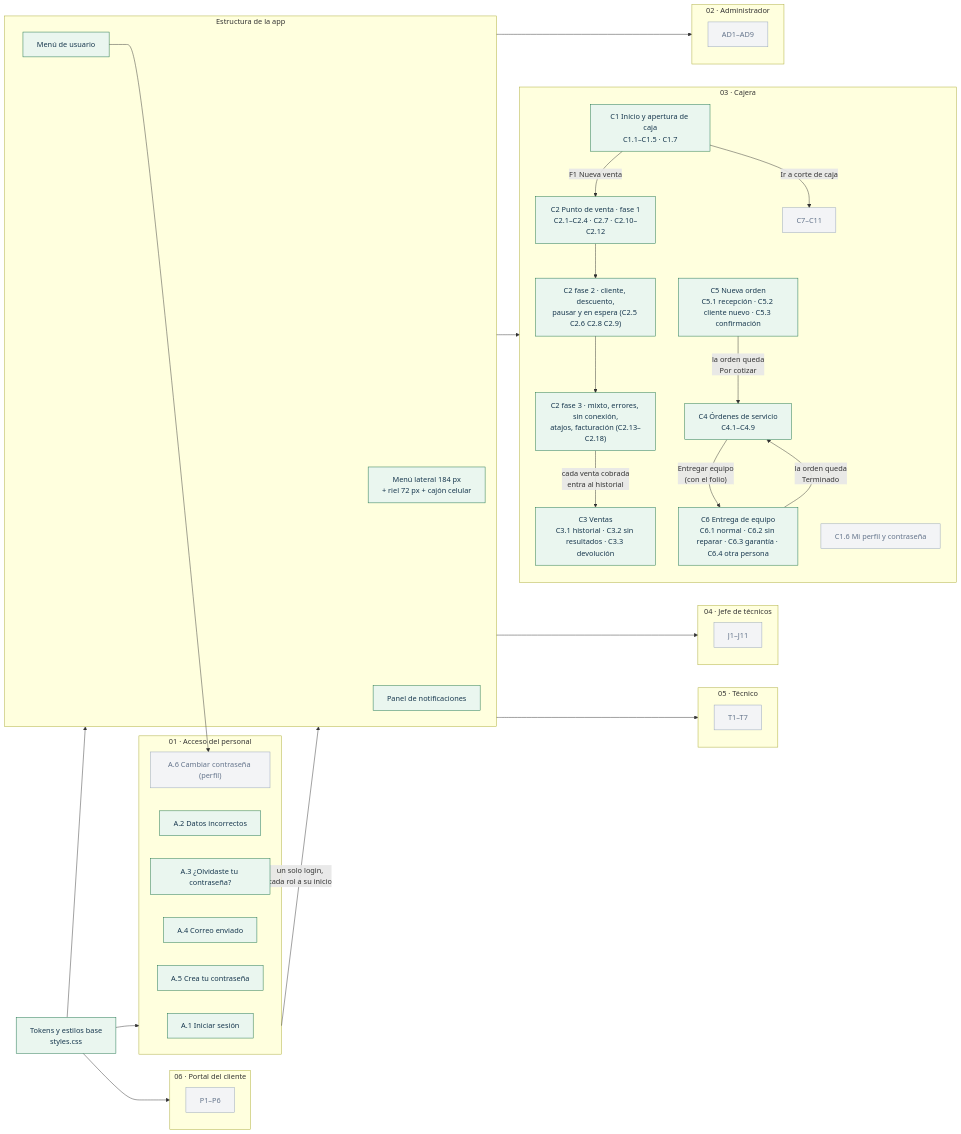
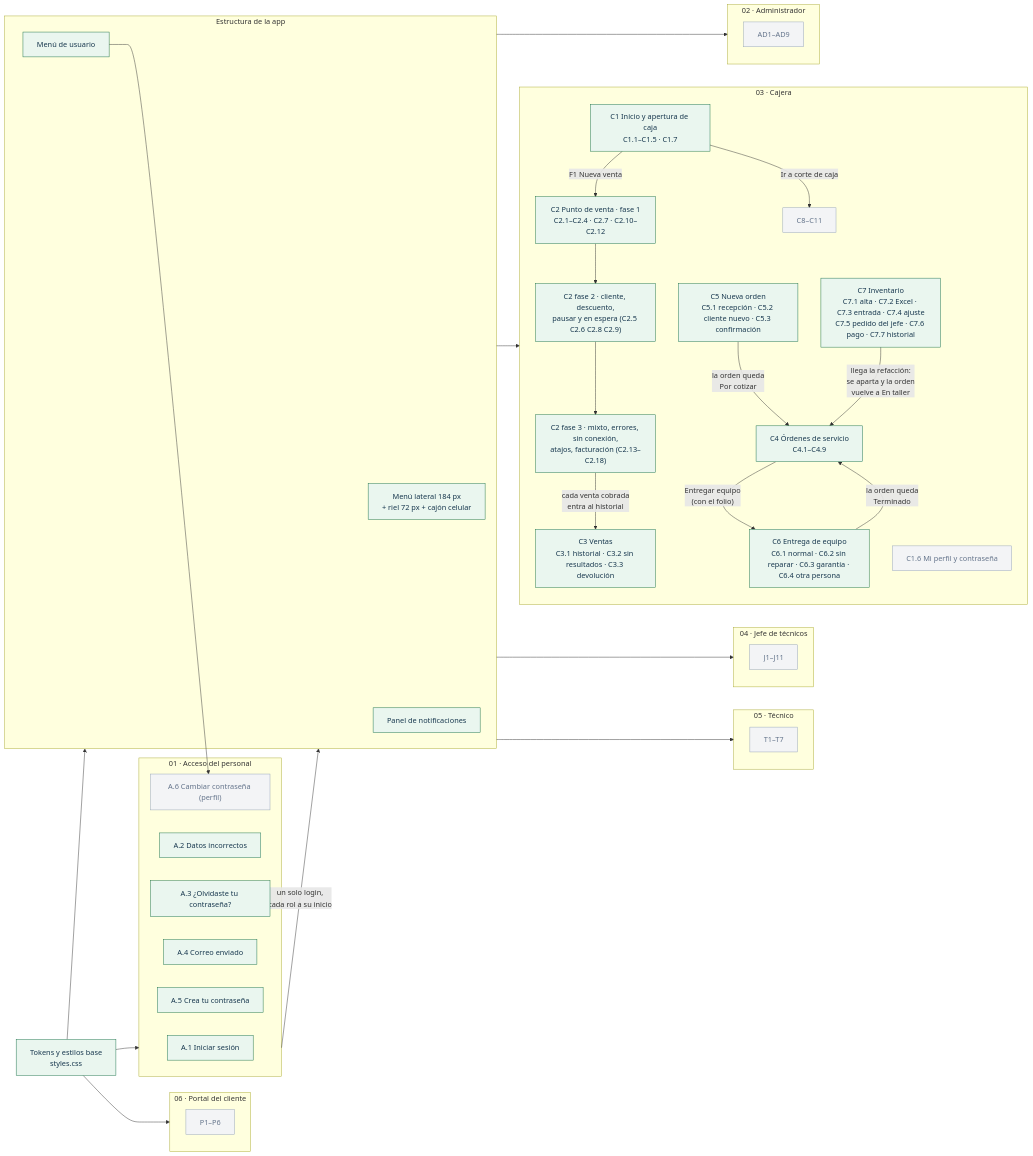
Before and after one commit to dianaaochoa/SHURI-Sistema-Gestion: the first of 3 diagrams in frontend/BITACORA.md, drawn with Mermaid. The commit also changed other lines of this file, not shown here.

Commit message:
docs(frontend): bitácora y grafos con Inventario (C7)

````diff
--- a/frontend/BITACORA.md
+++ b/frontend/BITACORA.md
@@ -15,62 +15,64 @@
 ```mermaid
 flowchart LR
   classDef hecho fill:#eaf6ef,stroke:#187047,color:#17374e
   classDef curso fill:#fff4dc,stroke:#925d0b,color:#17374e
   classDef pendiente fill:#f3f4f6,stroke:#94a3b8,color:#64748b
 
   BASE["Tokens y estilos base<br/>styles.css"]:::hecho
 
   subgraph ACC["01 · Acceso del personal"]
     A1["A.1 Iniciar sesión"]:::hecho
     A2["A.2 Datos incorrectos"]:::hecho
     A3["A.3 ¿Olvidaste tu contraseña?"]:::hecho
     A4["A.4 Correo enviado"]:::hecho
     A5["A.5 Crea tu contraseña"]:::hecho
     A6["A.6 Cambiar contraseña (perfil)"]:::pendiente
   end
 
   subgraph SHELL["Estructura de la app"]
     MENU["Menú lateral 184 px<br/>+ riel 72 px + cajón celular"]:::hecho
     USR["Menú de usuario"]:::hecho
     NOT["Panel de notificaciones"]:::hecho
   end
 
   subgraph ADM["02 · Administrador"]
     AD["AD1–AD9"]:::pendiente
   end
   subgraph CAJ["03 · Cajera"]
     C1["C1 Inicio y apertura de caja<br/>C1.1–C1.5 · C1.7"]:::hecho
     C16["C1.6 Mi perfil y contraseña"]:::pendiente
     C2A["C2 Punto de venta · fase 1<br/>C2.1–C2.4 · C2.7 · C2.10–C2.12"]:::hecho
     C2B["C2 fase 2 · cliente, descuento,<br/>pausar y en espera (C2.5 C2.6 C2.8 C2.9)"]:::hecho
     C2C["C2 fase 3 · mixto, errores, sin conexión,<br/>atajos, facturación (C2.13–C2.18)"]:::hecho
     C3["C3 Ventas<br/>C3.1 historial · C3.2 sin resultados · C3.3 devolución"]:::hecho
     C4["C4 Órdenes de servicio<br/>C4.1–C4.9"]:::hecho
     C5["C5 Nueva orden<br/>C5.1 recepción · C5.2 cliente nuevo · C5.3 confirmación"]:::hecho
     C6["C6 Entrega de equipo<br/>C6.1 normal · C6.2 sin reparar · C6.3 garantía · C6.4 otra persona"]:::hecho
-    C["C7–C11"]:::pendiente
+    C7["C7 Inventario<br/>C7.1 alta · C7.2 Excel · C7.3 entrada · C7.4 ajuste<br/>C7.5 pedido del jefe · C7.6 pago · C7.7 historial"]:::hecho
+    C["C8–C11"]:::pendiente
   end
   subgraph JEF["04 · Jefe de técnicos"]
     J["J1–J11"]:::pendiente
   end
   subgraph TEC["05 · Técnico"]
     T["T1–T7"]:::pendiente
   end
   subgraph POR["06 · Portal del cliente"]
     P["P1–P6"]:::pendiente
   end
 
   BASE --> ACC
   BASE --> SHELL
   ACC -->|"un solo login,<br/>cada rol a su inicio"| SHELL
   SHELL --> ADM & CAJ & JEF & TEC
   USR --> A6
   C1 -->|"F1 Nueva venta"| C2A
   C2A --> C2B --> C2C
   C2C -->|"cada venta cobrada<br/>entra al historial"| C3
   C5 -->|"la orden queda<br/>Por cotizar"| C4
   C4 -->|"Entregar equipo<br/>(con el folio)"| C6
   C6 -->|"la orden queda<br/>Terminado"| C4
+  C7 -->|"llega la refacción:<br/>se aparta y la orden<br/>vuelve a En taller"| C4
   C1 -->|"Ir a corte de caja"| C
   BASE --> POR
 ```
````
